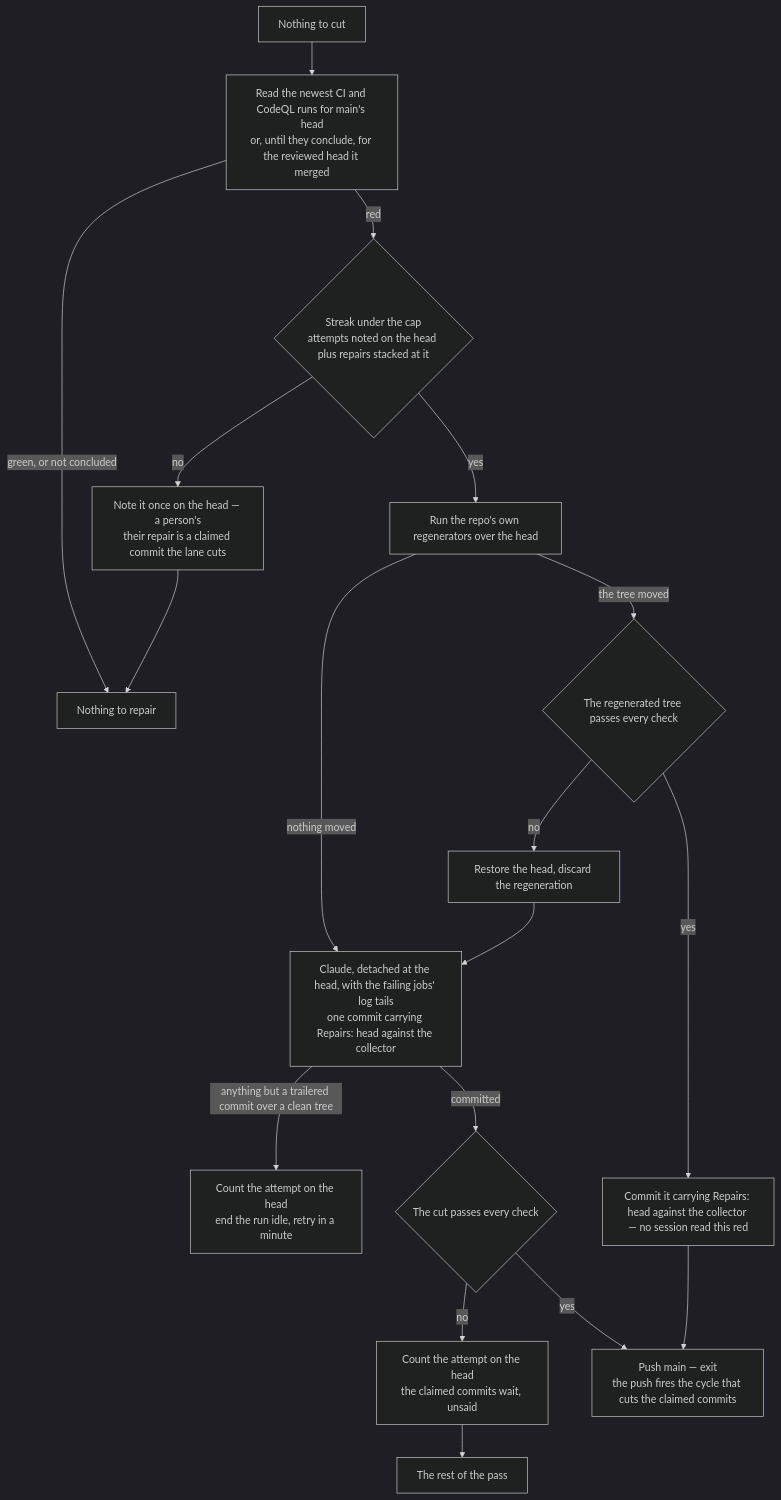
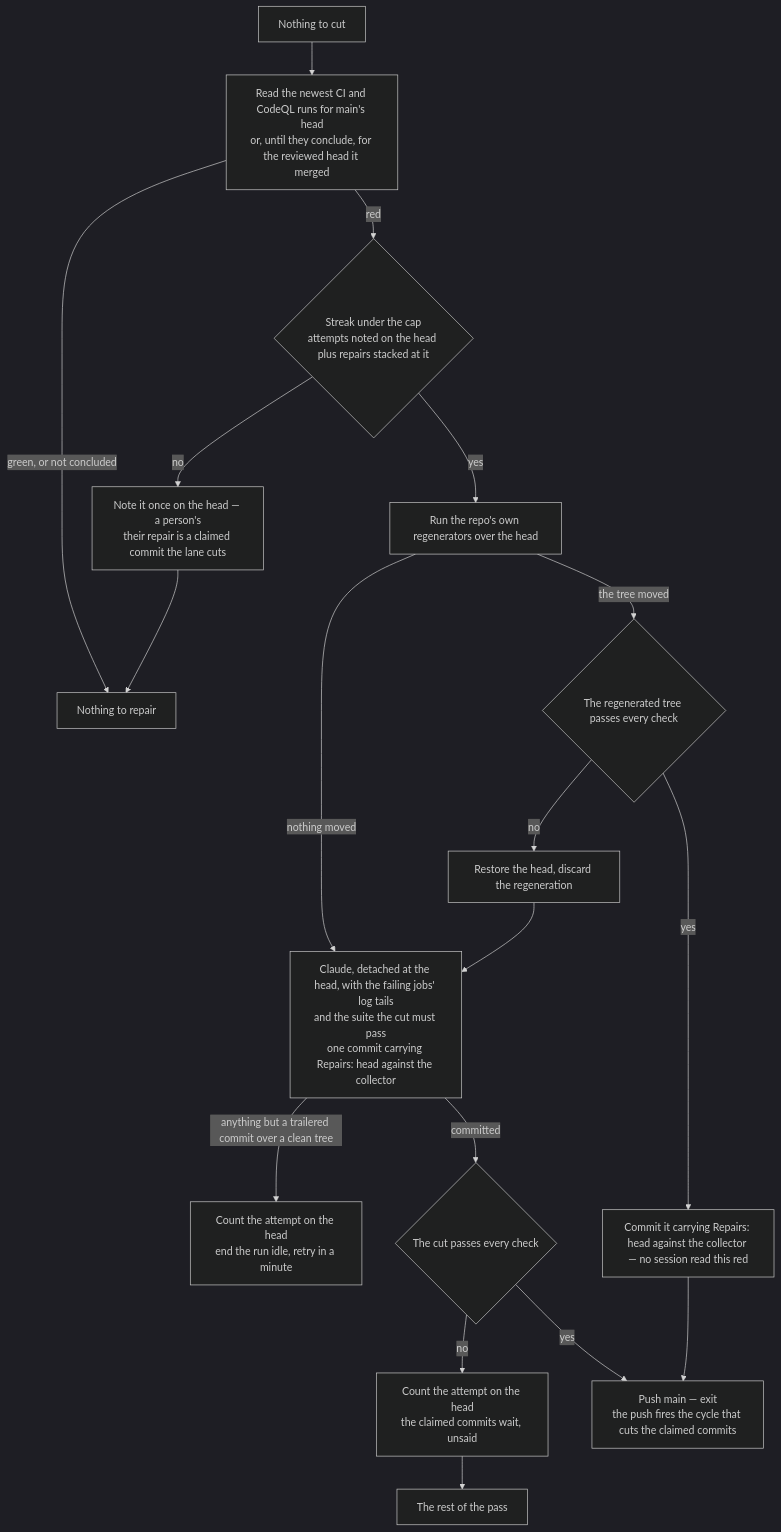
The diagram in apps/web/content/docs/infra/review-collector/repair.md (Esposter/Esposter), drawn with Mermaid (dark theme) before and after one commit. The commit also changed other lines of this file and 1 other file, not shown here.

Commit message:
fix(review-collector): the repairer is told the suite its repair is verified with, since CI skips every job behind a red one
CI skips every job that needs a failed one, so a main head whose package build
is red shows no typecheck, lint or test red in its log tails. The repairer was
told to pass only the failed checks, and checkIsGreen then failed every attempt
on errors the session was never shown (run 37863016374 on 17371ccacc: three
attempts, each "the repair is red" at typecheck:workspace).

The prompt now names REPAIR_VERIFY_COMMANDS, built from the constant, and asks
the session to run each in order once the failed checks pass, in the same one
commit. No test: the paragraph is the constant interpolated, so a test could
only pin the wording.

Claude-Session: https://claude.ai/code/session_01G7vjWfdLPLc2TiVG7vjBEM

````diff
--- a/apps/web/content/docs/infra/review-collector/repair.md
+++ b/apps/web/content/docs/infra/review-collector/repair.md
@@ -14,17 +14,17 @@
 ```mermaid
 flowchart TD
   E[Nothing to cut] --> R[Read the newest CI and CodeQL runs for main's head<br/>or, until they conclude, for the reviewed head it merged]
   R -->|green, or not concluded| L[Nothing to repair]
   R -->|red| S{Streak under the cap<br/>attempts noted on the head plus repairs stacked at it}
   S -->|no| P[Note it once on the head — a person's<br/>their repair is a claimed commit the lane cuts] --> L
   S -->|yes| G[Run the repo's own regenerators over the head]
   G -->|nothing moved| C
   G -->|the tree moved| GV{The regenerated tree passes every check}
   GV -->|no| RS[Restore the head, discard the regeneration] --> C
   GV -->|yes| GC[Commit it carrying Repairs: head against the collector — no session read this red] --> PU
-  C[Claude, detached at the head, with the failing jobs' log tails<br/>one commit carrying Repairs: head against the collector]
+  C[Claude, detached at the head, with the failing jobs' log tails<br/>and the suite the cut must pass<br/>one commit carrying Repairs: head against the collector]
   C -->|anything but a trailered commit over a clean tree| F[Count the attempt on the head<br/>end the run idle, retry in a minute]
   C -->|committed| V{The cut passes every check}
   V -->|no| N[Count the attempt on the head<br/>the claimed commits wait, unsaid] --> L2[The rest of the pass]
   V -->|yes| PU[Push main — exit<br/>the push fires the cycle that cuts the claimed commits]
 ```
````
